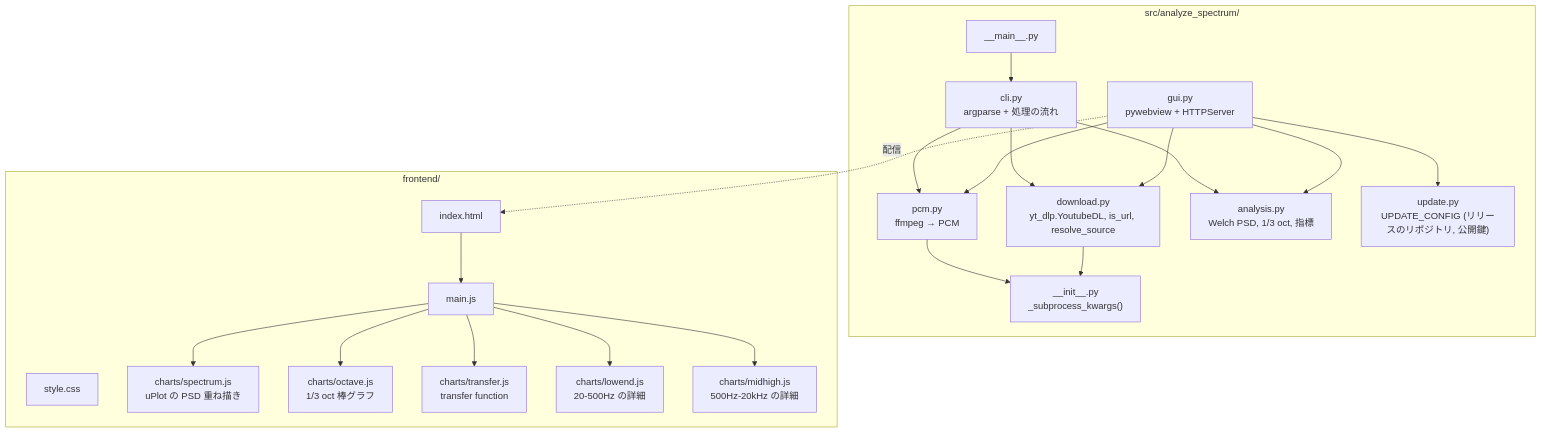
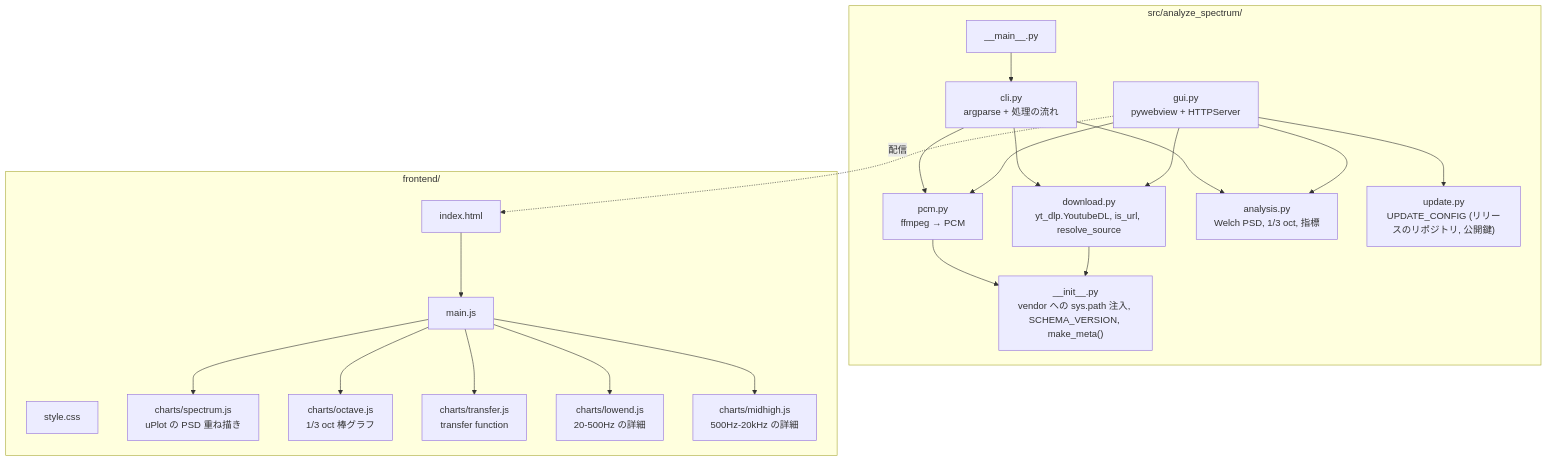
One commit to semnil/analyze-spectrum changed the second of 17 diagrams in docs/architecture.ja.md. Above: the diagram before and after it, drawn with Mermaid. The commit also changed other lines of this file and 1 other file, not shown here.

First line of the commit message:
docs: correct stale statements in the architecture document

````diff
--- a/docs/architecture.ja.md
+++ b/docs/architecture.ja.md
@@ -36,42 +36,42 @@
 ```mermaid
 graph TD
     subgraph "src/analyze_spectrum/"
-        INIT["__init__.py<br>_subprocess_kwargs()"]
+        INIT["__init__.py<br>vendor への sys.path 注入, SCHEMA_VERSION, make_meta()"]
         MAIN["__main__.py"]
         CLI["cli.py<br>argparse + 処理の流れ"]
         GUI["gui.py<br>pywebview + HTTPServer"]
         DL["download.py<br>yt_dlp.YoutubeDL, is_url, resolve_source"]
         PCM["pcm.py<br>ffmpeg → PCM"]
         ANA["analysis.py<br>Welch PSD, 1/3 oct, 指標"]
         UPD["update.py<br>UPDATE_CONFIG (リリースのリポジトリ, 公開鍵)"]
     end
 
     subgraph "frontend/"
         HTML["index.html"]
         JS["main.js"]
         CSS["style.css"]
         SP["charts/spectrum.js<br>uPlot の PSD 重ね描き"]
         OC["charts/octave.js<br>1/3 oct 棒グラフ"]
         TF["charts/transfer.js<br>transfer function"]
         LE["charts/lowend.js<br>20-500Hz の詳細"]
         MH["charts/midhigh.js<br>500Hz-20kHz の詳細"]
     end
 
     MAIN --> CLI
     CLI --> DL
     CLI --> PCM
     CLI --> ANA
     GUI --> DL
     GUI --> PCM
     GUI --> ANA
     GUI --> UPD
     GUI -.->|"配信"| HTML
     HTML --> JS
     JS --> SP
     JS --> OC
     JS --> TF
     JS --> LE
     JS --> MH
     PCM --> INIT
     DL --> INIT
 ```
````
